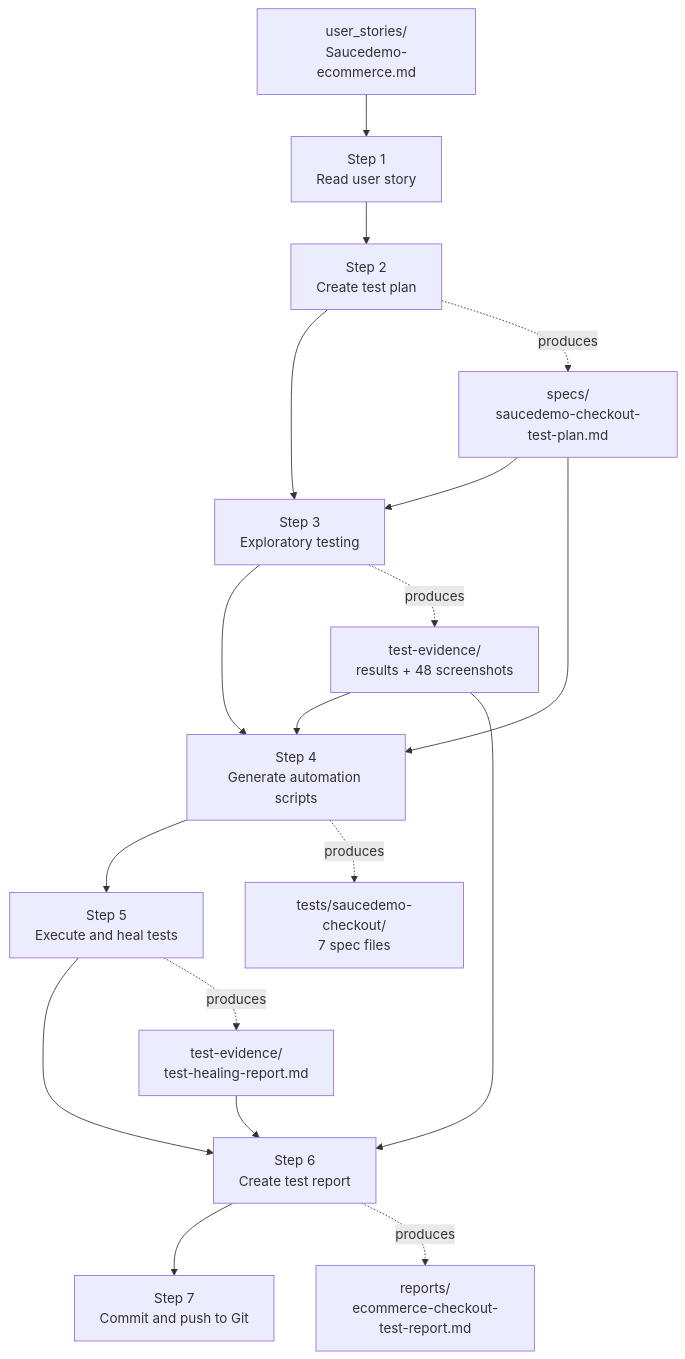
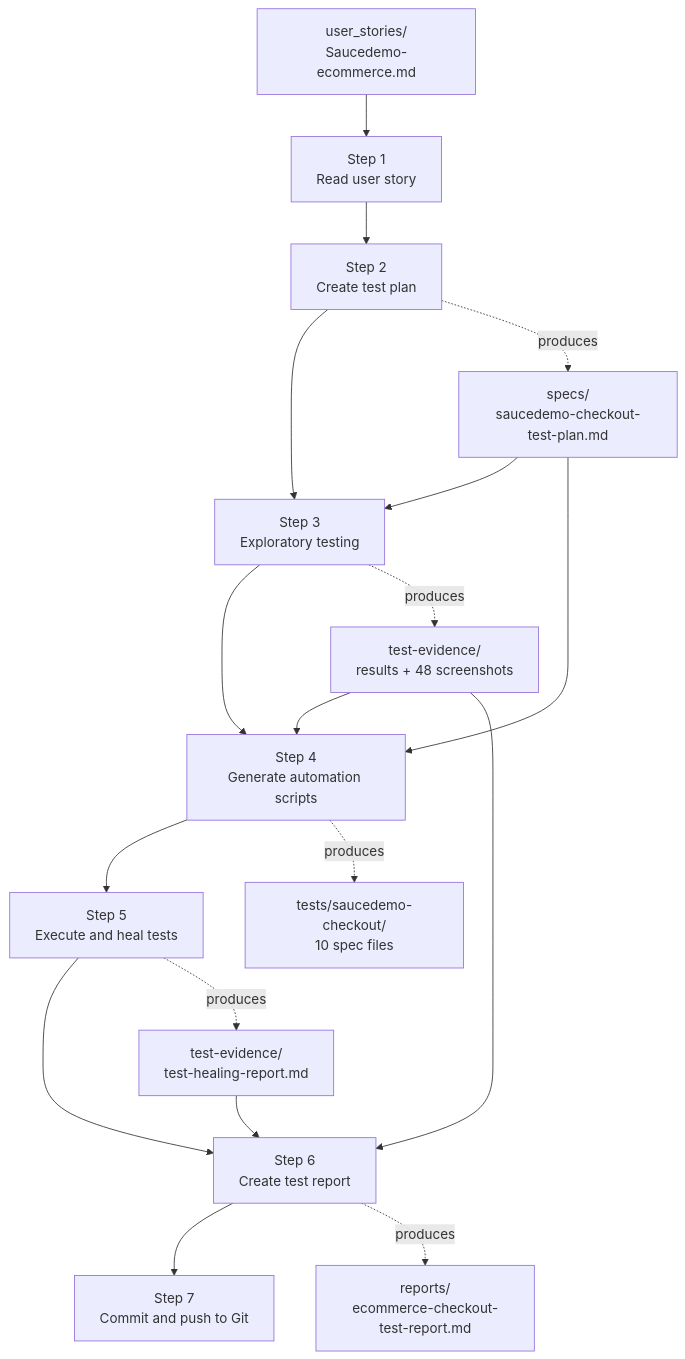
One commit to Ramkumar-AL/AI-AGENT-E2EQAWorkflow-Playwright changed the first of 2 diagrams in README.md. Above: the diagram before and after it, drawn with Mermaid. The commit also changed other lines of this file and 18 other files, not shown here.

````diff
--- a/README.md
+++ b/README.md
@@ -39,23 +39,23 @@
 ```mermaid
 flowchart TD
     US[user_stories/<br/>Saucedemo-ecommerce.md] --> S1
 
     S1[Step 1<br/>Read user story] --> S2[Step 2<br/>Create test plan]
     S2 --> S3[Step 3<br/>Exploratory testing]
     S3 --> S4[Step 4<br/>Generate automation scripts]
     S4 --> S5[Step 5<br/>Execute and heal tests]
     S5 --> S6[Step 6<br/>Create test report]
     S6 --> S7[Step 7<br/>Commit and push to Git]
 
     S2 -.produces.-> PLAN[specs/<br/>saucedemo-checkout-test-plan.md]
     S3 -.produces.-> EVID[test-evidence/<br/>results + 48 screenshots]
-    S4 -.produces.-> TESTS[tests/saucedemo-checkout/<br/>7 spec files]
+    S4 -.produces.-> TESTS[tests/saucedemo-checkout/<br/>10 spec files]
     S5 -.produces.-> HEAL[test-evidence/<br/>test-healing-report.md]
     S6 -.produces.-> REPORT[reports/<br/>ecommerce-checkout-test-report.md]
 
     PLAN --> S3
     PLAN --> S4
     EVID --> S4
     EVID --> S6
     HEAL --> S6
 ```
````
